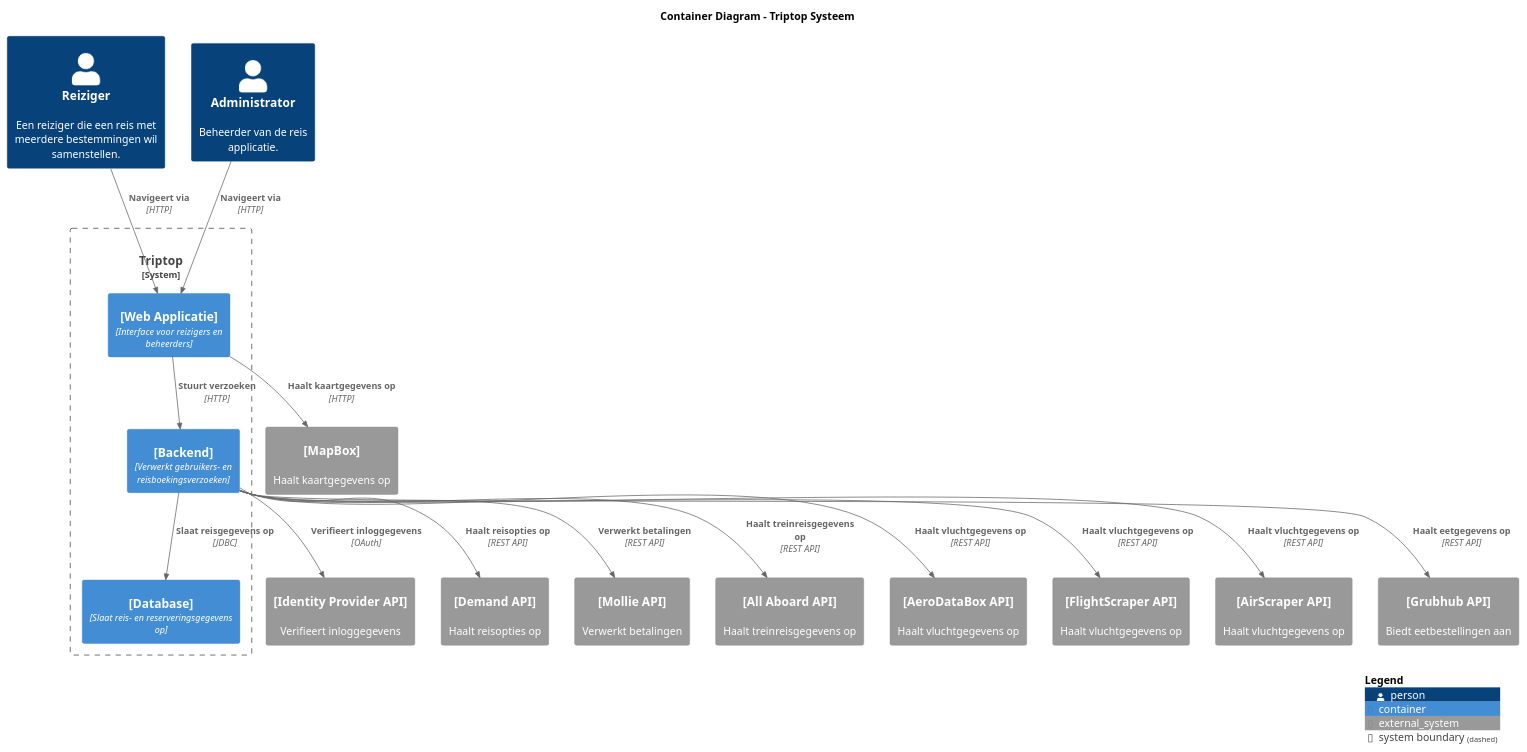
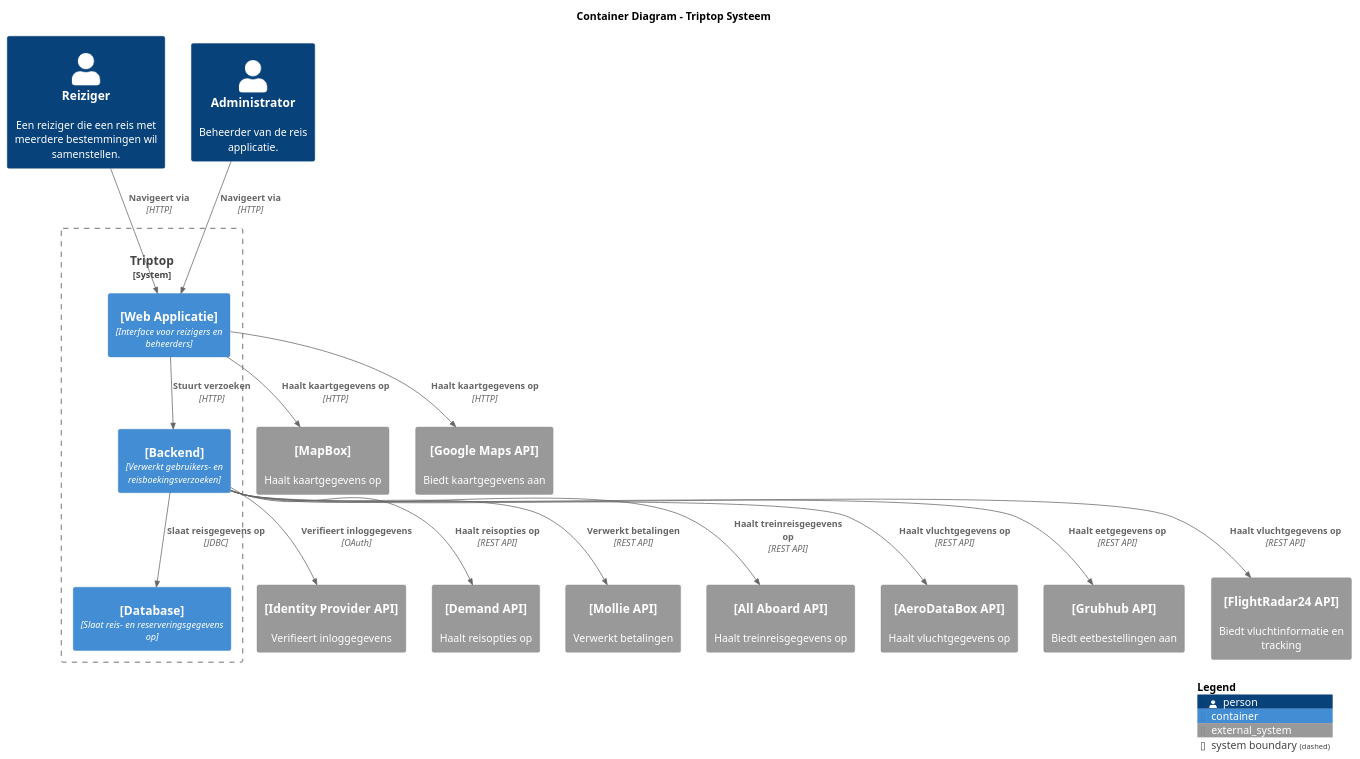
The diagram in container-diagram.puml (AIM-ENE-feb25/triptop-groep-b2), drawn with PlantUML before and after one commit. The commit also changed 2 other files, not shown here.

Commit message:
Container diagram + tekst

```diff
--- a/container-diagram.puml
+++ b/container-diagram.puml
@@ -1,49 +1,51 @@
 @startuml Container_Diagram
 !include https://raw.githubusercontent.com/plantuml-stdlib/C4-PlantUML/master/C4_Container.puml
 
 skinparam {
     rectangle {
         StereotypeFontSize 0
         StereotypeFontColor white
     }
 }
 
 title Container Diagram - Triptop Systeem
 
 Person(traveller, "Reiziger", "Een reiziger die een reis met meerdere bestemmingen wil samenstellen.")
 Person(admin, "Administrator", "Beheerder van de reis applicatie.")
 
 System_Boundary(Triptop, "Triptop", "Systeem voor het samenstellen van reizen.") {
     Container(WebApp, "[Web Applicatie]", "Interface voor reizigers en beheerders")
     Container(Backend, "[Backend]", "Verwerkt gebruikers- en reisboekingsverzoeken")
     Container(Database, "[Database]", "Slaat reis- en reserveringsgegevens op")
 }
 
 System_Ext(IdentityProvider, "[Identity Provider API]", "Verifieert inloggegevens")
 System_Ext(DemandAPI, "[Demand API]", "Haalt reisopties op")
 System_Ext(MollieAPI, "[Mollie API]", "Verwerkt betalingen")
 System_Ext(MapBoxAPI, "[MapBox]", "Haalt kaartgegevens op")
 System_Ext(AllAboardAPI, "[All Aboard API]", "Haalt treinreisgegevens op")
 System_Ext(AeroDataBoxAPI, "[AeroDataBox API]", "Haalt vluchtgegevens op")
-System_Ext(FlightScraperAPI, "[FlightScraper API]", "Haalt vluchtgegevens op")
-System_Ext(AirScraperAPI, "[AirScraper API]", "Haalt vluchtgegevens op")
 System_Ext(GrubhubAPI, "[Grubhub API]", "Biedt eetbestellingen aan")
+System_Ext(GoogleMapsAPI, "[Google Maps API]", "Biedt kaartgegevens aan")
+System_Ext(FlightRadar24API, "[FlightRadar24 API]", "Biedt vluchtinformatie en tracking")
 
 Rel(traveller, WebApp, "Navigeert via", "HTTP")
 Rel(admin, WebApp, "Navigeert via", "HTTP")
 
+
+
 Rel(WebApp, Backend, "Stuurt verzoeken", "HTTP")
 Rel(WebApp, MapBoxAPI, "Haalt kaartgegevens op", "HTTP")
+Rel(WebApp, GoogleMapsAPI, "Haalt kaartgegevens op", "HTTP")
 
 Rel(Backend, Database, "Slaat reisgegevens op", "JDBC")
 Rel(Backend, IdentityProvider, "Verifieert inloggegevens", "OAuth")
 Rel(Backend, DemandAPI, "Haalt reisopties op", "REST API")
 Rel(Backend, MollieAPI, "Verwerkt betalingen", "REST API")
 Rel(Backend, AllAboardAPI, "Haalt treinreisgegevens op", "REST API")
 Rel(Backend, AeroDataBoxAPI, "Haalt vluchtgegevens op", "REST API")
-Rel(Backend, FlightScraperAPI, "Haalt vluchtgegevens op", "REST API")
-Rel(Backend, AirScraperAPI, "Haalt vluchtgegevens op", "REST API")
 Rel(Backend, GrubhubAPI, "Haalt eetgegevens op", "REST API")
+Rel(Backend, FlightRadar24API, "Haalt vluchtgegevens op", "REST API")
 
 SHOW_LEGEND(TRUE)
 @enduml
```
